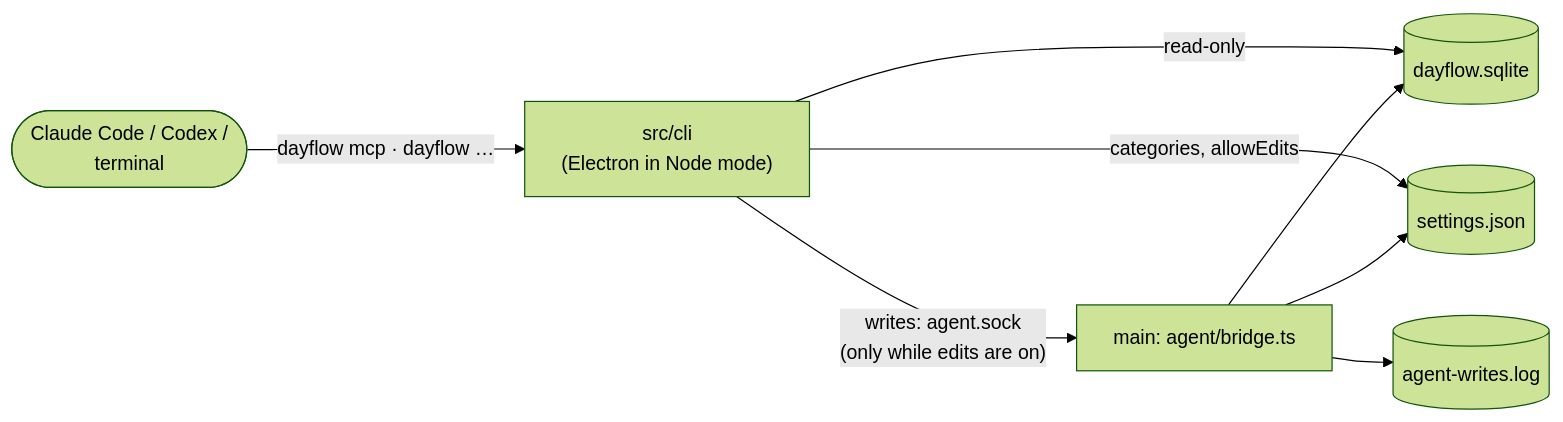
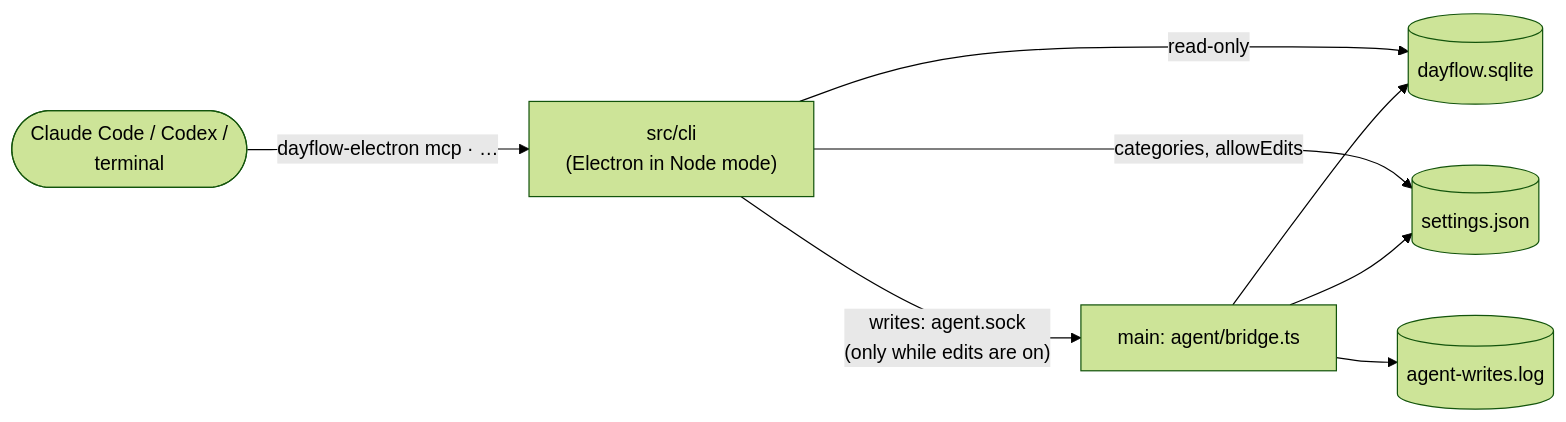
One commit to kokuwaio/dayflow-electron changed the third of 3 diagrams in docs/architecture.md. Above: the diagram before and after it, drawn with Mermaid (forest theme). The commit also changed other lines of this file and 52 other files, not shown here.

First line of the commit message:
feat: rename the app to Dayflow Electron

````diff
--- a/docs/architecture.md
+++ b/docs/architecture.md
@@ -243,10 +243,10 @@
 ```mermaid
 flowchart LR
-  Client(["Claude Code / Codex /<br/>terminal"]) -- "dayflow mcp · dayflow …" --> CLI["src/cli<br/>(Electron in Node mode)"]
+  Client(["Claude Code / Codex /<br/>terminal"]) -- "dayflow-electron mcp · …" --> CLI["src/cli<br/>(Electron in Node mode)"]
   CLI -- "read-only" --> DB[("dayflow.sqlite")]
   CLI -- "categories, allowEdits" --> Settings[("settings.json")]
   CLI -- "writes: agent.sock<br/>(only while edits are on)" --> Bridge["main: agent/bridge.ts"]
   Bridge --> DB
   Bridge --> Settings
   Bridge --> Log[("agent-writes.log")]
 ```
````
